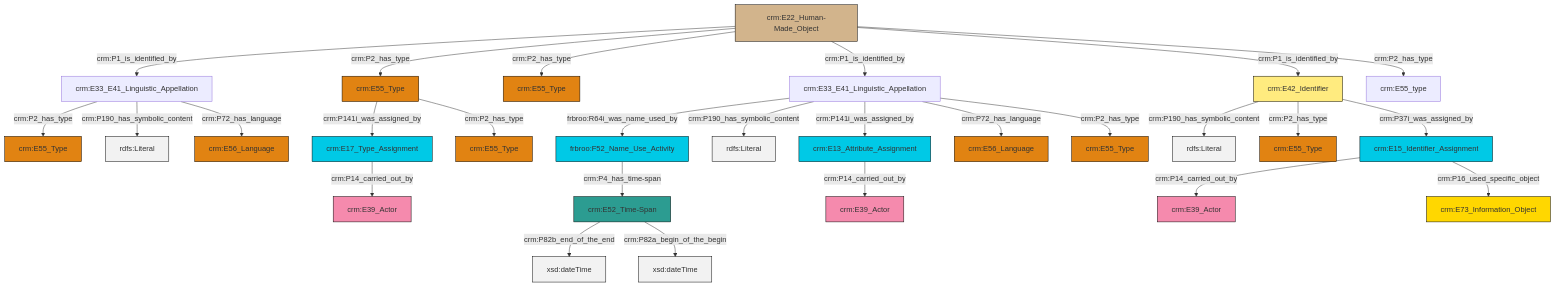
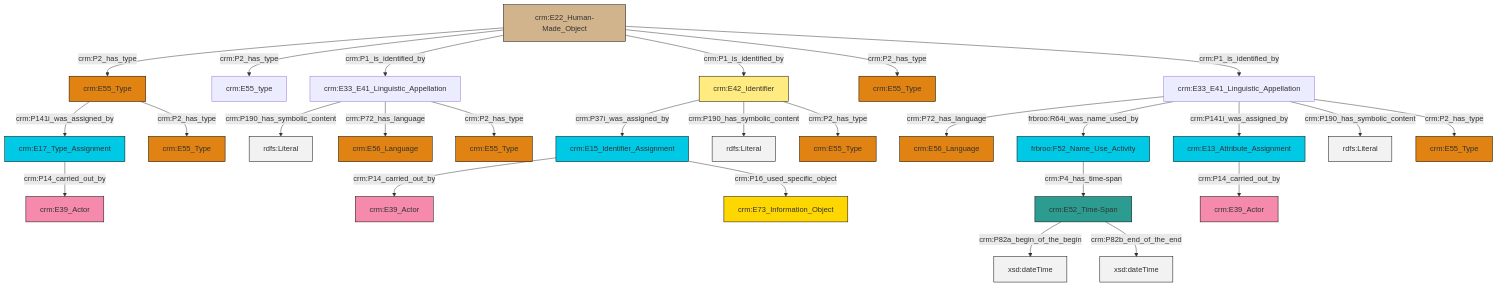
One commit to swiss-art-research-net/docs.swissartresearch changed the diagram in et/builtWorkCSV/ttl/mmd/Built_Work_Names.ttl.mmd. Above: the diagram before and after it, drawn with Mermaid. The commit also changed 177 other files, not shown here.

```diff
--- a/et/builtWorkCSV/ttl/mmd/Built_Work_Names.ttl.mmd
+++ b/et/builtWorkCSV/ttl/mmd/Built_Work_Names.ttl.mmd
@@ -1,41 +1,41 @@
 graph TD
 classDef Literal fill:#f2f2f2,stroke:#000000;
 classDef CRM_Entity fill:#FFFFFF,stroke:#000000;
 classDef Temporal_Entity fill:#00C9E6, stroke:#000000;
 classDef Type fill:#E18312, stroke:#000000;
 classDef Time-Span fill:#2C9C91, stroke:#000000;
 classDef Appellation fill:#FFEB7F, stroke:#000000;
 classDef Place fill:#008836, stroke:#000000;
 classDef Persistent_Item fill:#B266B2, stroke:#000000;
 classDef Conceptual_Object fill:#FFD700, stroke:#000000;
 classDef Physical_Thing fill:#D2B48C, stroke:#000000;
 classDef Actor fill:#f58aad, stroke:#000000;
 classDef PC_Classes fill:#4ce600, stroke:#000000;
 classDef Multi fill:#cccccc,stroke:#000000;
 
-4["crm:E33_E41_Linguistic_Appellation"]:::Default -->|frbroo:R64i_was_name_used_by| 5["frbroo:F52_Name_Use_Activity"]:::Temporal_Entity
-0["crm:E42_Identifier"]:::Appellation -->|crm:P190_has_symbolic_content| 12[rdfs:Literal]:::Literal
-4["crm:E33_E41_Linguistic_Appellation"]:::Default -->|crm:P190_has_symbolic_content| 13[rdfs:Literal]:::Literal
-14["crm:E33_E41_Linguistic_Appellation"]:::Default -->|crm:P2_has_type| 6["crm:E55_Type"]:::Type
-15["crm:E13_Attribute_Assignment"]:::Temporal_Entity -->|crm:P14_carried_out_by| 16["crm:E39_Actor"]:::Actor
-0["crm:E42_Identifier"]:::Appellation -->|crm:P2_has_type| 17["crm:E55_Type"]:::Type
-20["crm:E55_Type"]:::Type -->|crm:P141i_was_assigned_by| 25["crm:E17_Type_Assignment"]:::Temporal_Entity
-8["crm:E22_Human-Made_Object"]:::Physical_Thing -->|crm:P1_is_identified_by| 14["crm:E33_E41_Linguistic_Appellation"]:::Default
-8["crm:E22_Human-Made_Object"]:::Physical_Thing -->|crm:P2_has_type| 20["crm:E55_Type"]:::Type
-4["crm:E33_E41_Linguistic_Appellation"]:::Default -->|crm:P141i_was_assigned_by| 15["crm:E13_Attribute_Assignment"]:::Temporal_Entity
-4["crm:E33_E41_Linguistic_Appellation"]:::Default -->|crm:P72_has_language| 27["crm:E56_Language"]:::Type
-29["crm:E52_Time-Span"]:::Time-Span -->|crm:P82b_end_of_the_end| 30[xsd:dateTime]:::Literal
-31["crm:E15_Identifier_Assignment"]:::Temporal_Entity -->|crm:P14_carried_out_by| 32["crm:E39_Actor"]:::Actor
-8["crm:E22_Human-Made_Object"]:::Physical_Thing -->|crm:P2_has_type| 33["crm:E55_Type"]:::Type
-4["crm:E33_E41_Linguistic_Appellation"]:::Default -->|crm:P2_has_type| 34["crm:E55_Type"]:::Type
-29["crm:E52_Time-Span"]:::Time-Span -->|crm:P82a_begin_of_the_begin| 35[xsd:dateTime]:::Literal
-8["crm:E22_Human-Made_Object"]:::Physical_Thing -->|crm:P1_is_identified_by| 4["crm:E33_E41_Linguistic_Appellation"]:::Default
-25["crm:E17_Type_Assignment"]:::Temporal_Entity -->|crm:P14_carried_out_by| 41["crm:E39_Actor"]:::Actor
-8["crm:E22_Human-Made_Object"]:::Physical_Thing -->|crm:P1_is_identified_by| 0["crm:E42_Identifier"]:::Appellation
-31["crm:E15_Identifier_Assignment"]:::Temporal_Entity -->|crm:P16_used_specific_object| 22["crm:E73_Information_Object"]:::Conceptual_Object
-0["crm:E42_Identifier"]:::Appellation -->|crm:P37i_was_assigned_by| 31["crm:E15_Identifier_Assignment"]:::Temporal_Entity
-5["frbroo:F52_Name_Use_Activity"]:::Temporal_Entity -->|crm:P4_has_time-span| 29["crm:E52_Time-Span"]:::Time-Span
-14["crm:E33_E41_Linguistic_Appellation"]:::Default -->|crm:P190_has_symbolic_content| 48[rdfs:Literal]:::Literal
-14["crm:E33_E41_Linguistic_Appellation"]:::Default -->|crm:P72_has_language| 18["crm:E56_Language"]:::Type
-8["crm:E22_Human-Made_Object"]:::Physical_Thing -->|crm:P2_has_type| 2["crm:E55_type"]:::Default
-20["crm:E55_Type"]:::Type -->|crm:P2_has_type| 10["crm:E55_Type"]:::Type
+2["crm:E33_E41_Linguistic_Appellation"]:::Default -->|crm:P72_has_language| 3["crm:E56_Language"]:::Type
+4["crm:E55_Type"]:::Type -->|crm:P141i_was_assigned_by| 5["crm:E17_Type_Assignment"]:::Temporal_Entity
+10["crm:E15_Identifier_Assignment"]:::Temporal_Entity -->|crm:P14_carried_out_by| 11["crm:E39_Actor"]:::Actor
+15["crm:E33_E41_Linguistic_Appellation"]:::Default -->|crm:P190_has_symbolic_content| 16[rdfs:Literal]:::Literal
+8["crm:E22_Human-Made_Object"]:::Physical_Thing -->|crm:P2_has_type| 4["crm:E55_Type"]:::Type
+8["crm:E22_Human-Made_Object"]:::Physical_Thing -->|crm:P2_has_type| 17["crm:E55_type"]:::Default
+23["crm:E42_Identifier"]:::Appellation -->|crm:P37i_was_assigned_by| 10["crm:E15_Identifier_Assignment"]:::Temporal_Entity
+24["frbroo:F52_Name_Use_Activity"]:::Temporal_Entity -->|crm:P4_has_time-span| 0["crm:E52_Time-Span"]:::Time-Span
+15["crm:E33_E41_Linguistic_Appellation"]:::Default -->|crm:P72_has_language| 30["crm:E56_Language"]:::Type
+2["crm:E33_E41_Linguistic_Appellation"]:::Default -->|frbroo:R64i_was_name_used_by| 24["frbroo:F52_Name_Use_Activity"]:::Temporal_Entity
+10["crm:E15_Identifier_Assignment"]:::Temporal_Entity -->|crm:P16_used_specific_object| 31["crm:E73_Information_Object"]:::Conceptual_Object
+4["crm:E55_Type"]:::Type -->|crm:P2_has_type| 6["crm:E55_Type"]:::Type
+8["crm:E22_Human-Made_Object"]:::Physical_Thing -->|crm:P1_is_identified_by| 15["crm:E33_E41_Linguistic_Appellation"]:::Default
+26["crm:E13_Attribute_Assignment"]:::Temporal_Entity -->|crm:P14_carried_out_by| 33["crm:E39_Actor"]:::Actor
+15["crm:E33_E41_Linguistic_Appellation"]:::Default -->|crm:P2_has_type| 12["crm:E55_Type"]:::Type
+8["crm:E22_Human-Made_Object"]:::Physical_Thing -->|crm:P1_is_identified_by| 23["crm:E42_Identifier"]:::Appellation
+2["crm:E33_E41_Linguistic_Appellation"]:::Default -->|crm:P141i_was_assigned_by| 26["crm:E13_Attribute_Assignment"]:::Temporal_Entity
+23["crm:E42_Identifier"]:::Appellation -->|crm:P190_has_symbolic_content| 40[rdfs:Literal]:::Literal
+0["crm:E52_Time-Span"]:::Time-Span -->|crm:P82a_begin_of_the_begin| 42[xsd:dateTime]:::Literal
+8["crm:E22_Human-Made_Object"]:::Physical_Thing -->|crm:P2_has_type| 43["crm:E55_Type"]:::Type
+23["crm:E42_Identifier"]:::Appellation -->|crm:P2_has_type| 28["crm:E55_Type"]:::Type
+2["crm:E33_E41_Linguistic_Appellation"]:::Default -->|crm:P190_has_symbolic_content| 46[rdfs:Literal]:::Literal
+2["crm:E33_E41_Linguistic_Appellation"]:::Default -->|crm:P2_has_type| 19["crm:E55_Type"]:::Type
+0["crm:E52_Time-Span"]:::Time-Span -->|crm:P82b_end_of_the_end| 50[xsd:dateTime]:::Literal
+5["crm:E17_Type_Assignment"]:::Temporal_Entity -->|crm:P14_carried_out_by| 21["crm:E39_Actor"]:::Actor
+8["crm:E22_Human-Made_Object"]:::Physical_Thing -->|crm:P1_is_identified_by| 2["crm:E33_E41_Linguistic_Appellation"]:::Default
```
